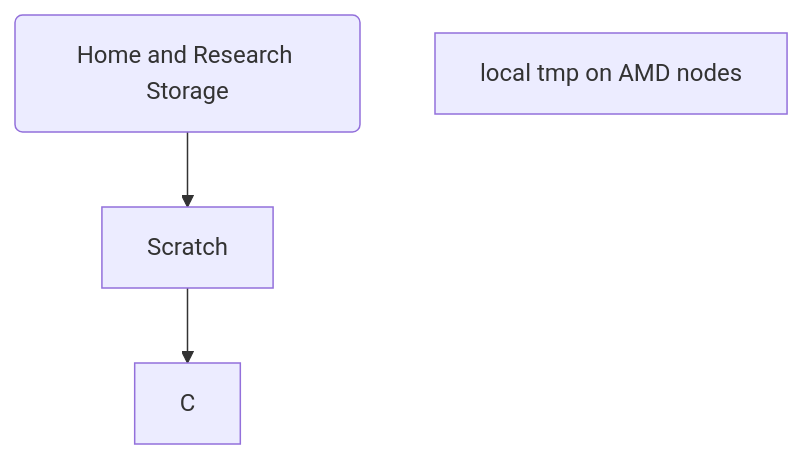
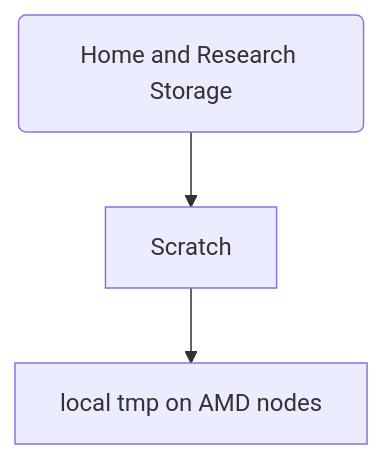
One commit to vuw-research-computing/raapoi-docs changed the diagram in docs/storage.md. Above: the diagram before and after it, drawn with Mermaid.

Commit message:
fix figure on storage.md

````diff
--- a/docs/storage.md
+++ b/docs/storage.md
@@ -45,6 +45,6 @@
 ```mermaid
 graph TD
    A(Home and Research Storage) --> B
-   B[Scratch] --> C
+   B[Scratch] --> D
    D[local tmp on AMD nodes]
 ```
````
